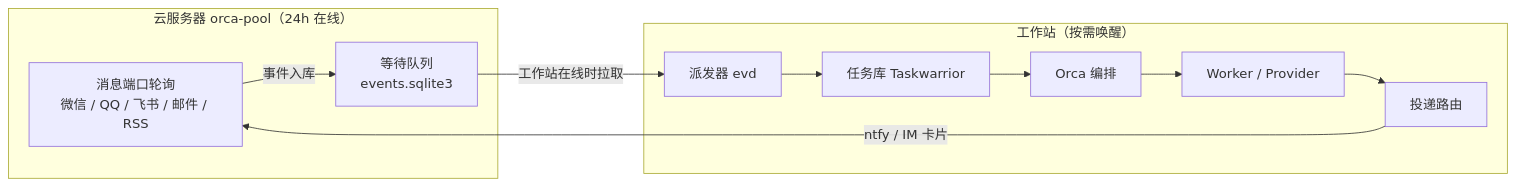
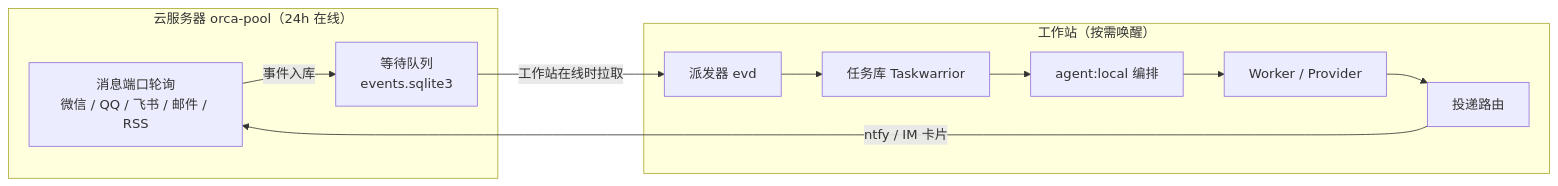
The diagram in docs/system-topology.md (ShizkMoon/ai-collab-assistant), drawn with Mermaid before and after one commit. The commit also changed other lines of this file and 28 other files, not shown here.

First line of the commit message:
docs: 编排层改用自建 agent:local 运行时，GUI 自动化定型 agent-desktop

````diff
--- a/docs/system-topology.md
+++ b/docs/system-topology.md
@@ -9,18 +11,18 @@
 ```mermaid
 flowchart LR
   subgraph CLOUD["云服务器 orca-pool（24h 在线）"]
     SRC["消息端口轮询<br/>微信 / QQ / 飞书 / 邮件 / RSS"]
     Q["等待队列<br/>events.sqlite3"]
   end
   subgraph WS["工作站（按需唤醒）"]
     EV["派发器 evd"]
     T["任务库 Taskwarrior"]
-    OR["Orca 编排"]
+    OR["agent:local 编排"]
     W["Worker / Provider"]
     R["投递路由"]
   end
   SRC -->|事件入库| Q
   Q -->|工作站在线时拉取| EV
   EV --> T --> OR --> W --> R
   R -->|ntfy / IM 卡片| SRC
 ```
````
